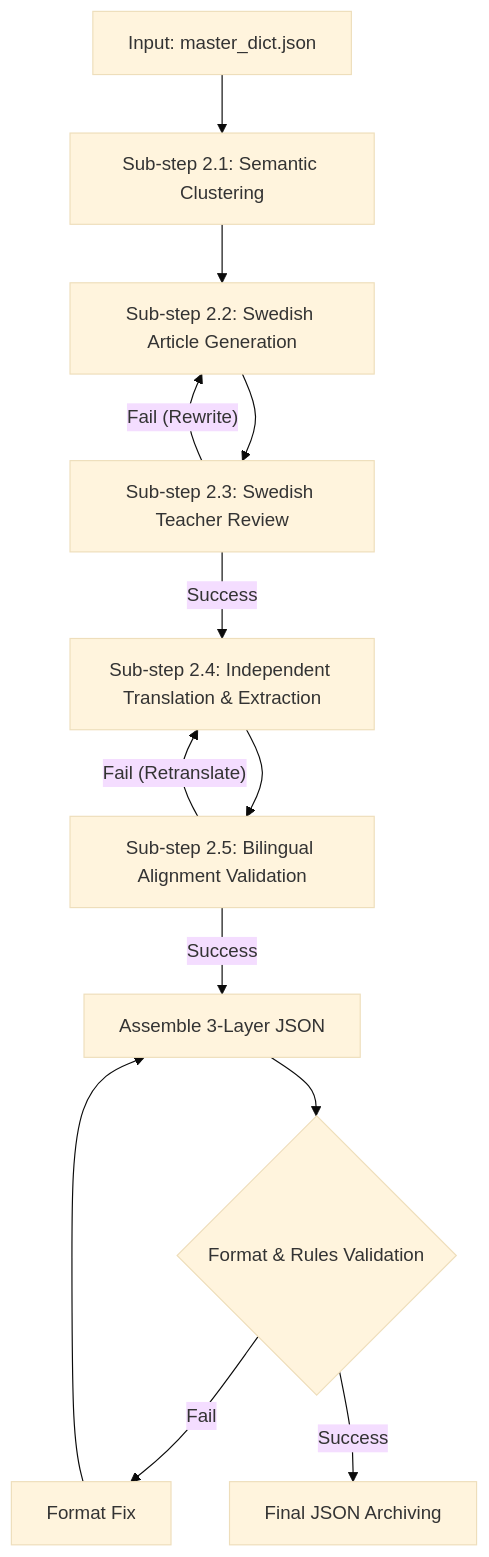
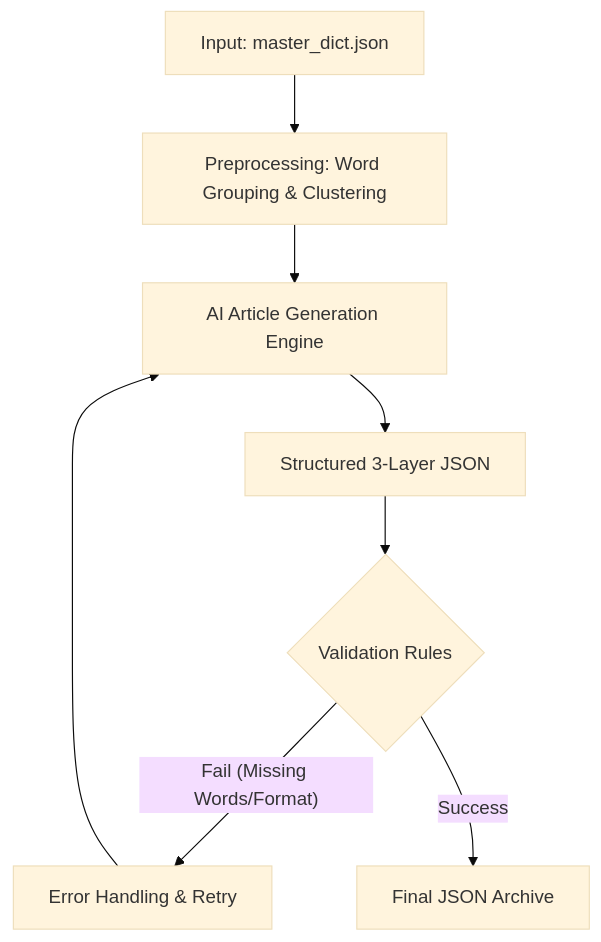
One commit to biogerm/language-learner changed the diagram in docs/SPEC_02_ARTICLE_GENERATION.md. Above: the diagram before and after it, drawn with Mermaid (base theme). The commit also changed other lines of this file, not shown here.

Commit message:
docs: restore SPEC_02 EN content and append translation logic correctly

````diff
--- a/docs/SPEC_02_ARTICLE_GENERATION.md
+++ b/docs/SPEC_02_ARTICLE_GENERATION.md
@@ -20,15 +18,10 @@
 ```mermaid
 graph TD
-    A[Input: master_dict.json] --> B[Sub-step 2.1: Semantic Clustering]
-    B --> C[Sub-step 2.2: Swedish Article Generation]
-    C --> G[Sub-step 2.3: Swedish Teacher Review]
-    G -- Fail (Rewrite) --> C
-    G -- Success --> H[Sub-step 2.4: Independent Translation & Extraction]
-    H --> I[Sub-step 2.5: Bilingual Alignment Validation]
-    I -- Fail (Retranslate) --> H
-    I -- Success --> D[Assemble 3-Layer JSON]
-    D --> E{Format & Rules Validation}
-    E -- Fail --> F[Format Fix]
-    F --> D
-    E -- Success --> J[Final JSON Archiving]
+    A[Input: master_dict.json] --> B[Preprocessing: Word Grouping & Clustering]
+    B --> C[AI Article Generation Engine]
+    C --> D[Structured 3-Layer JSON]
+    D --> E{Validation Rules}
+    E -- Fail (Missing Words/Format) --> F[Error Handling & Retry]
+    F --> C
+    E -- Success --> G[Final JSON Archive]
 ```
````
